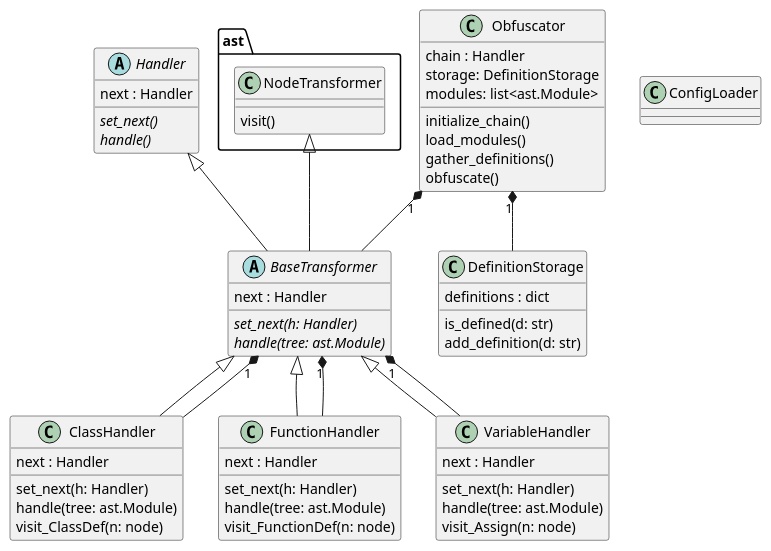
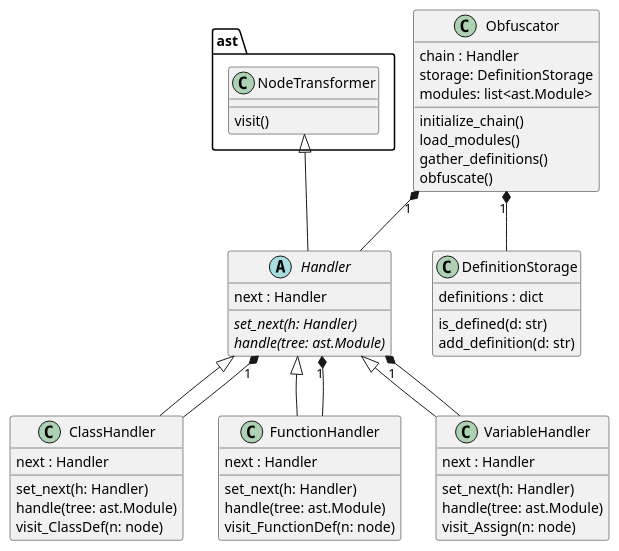
One commit to DrewTChrist/obscurepy changed the diagram in plantuml/class_diagram.puml. Above: the diagram before and after it, drawn with PlantUML. The commit also changed 16 other files, not shown here.

```diff
--- a/plantuml/class_diagram.puml
+++ b/plantuml/class_diagram.puml
@@ -1,67 +1,57 @@
 @startuml
 class ast.NodeTransformer {
     visit()
 }
 
 abstract class Handler {
-    next : Handler
-    {abstract} set_next()
-    {abstract} handle()
-}
-
-abstract class BaseTransformer {
     next : Handler
     {abstract} set_next(h: Handler)
     {abstract} handle(tree: ast.Module)
 }
 class ClassHandler {
     next : Handler
     set_next(h: Handler)
     handle(tree: ast.Module)
     visit_ClassDef(n: node)
 }
 
 class FunctionHandler {
     next : Handler
     set_next(h: Handler)
     handle(tree: ast.Module)
     visit_FunctionDef(n: node)
 }
 
 class VariableHandler{
     next : Handler
     set_next(h: Handler)
     handle(tree: ast.Module)
     visit_Assign(n: node)
 }
 
 class Obfuscator {
     chain : Handler
     storage: DefinitionStorage
     modules: list<ast.Module>
     initialize_chain()
     load_modules()
     gather_definitions()
     obfuscate()
 }
 
 class DefinitionStorage {
     definitions : dict
     is_defined(d: str)
     add_definition(d: str)
 }
 
-class ConfigLoader {
-}
-
-ast.NodeTransformer <|-- BaseTransformer
-Handler <|-- BaseTransformer
-BaseTransformer <|-- ClassHandler
-BaseTransformer "1" *-- ClassHandler
-BaseTransformer <|-- FunctionHandler
-BaseTransformer "1" *-- FunctionHandler
-BaseTransformer <|-- VariableHandler
-BaseTransformer "1" *-- VariableHandler
+ast.NodeTransformer <|-- Handler
+Handler <|-- ClassHandler
+Handler "1" *-- ClassHandler
+Handler <|-- FunctionHandler
+Handler "1" *-- FunctionHandler
+Handler <|-- VariableHandler
+Handler "1" *-- VariableHandler
 Obfuscator "1" *-- DefinitionStorage
-Obfuscator "1" *-- BaseTransformer
+Obfuscator "1" *-- Handler
 @enduml
```
